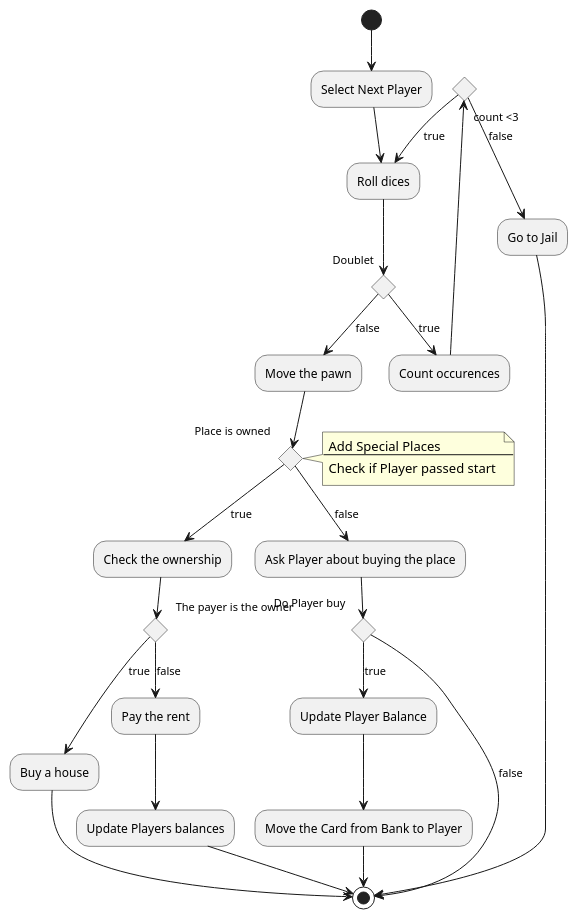
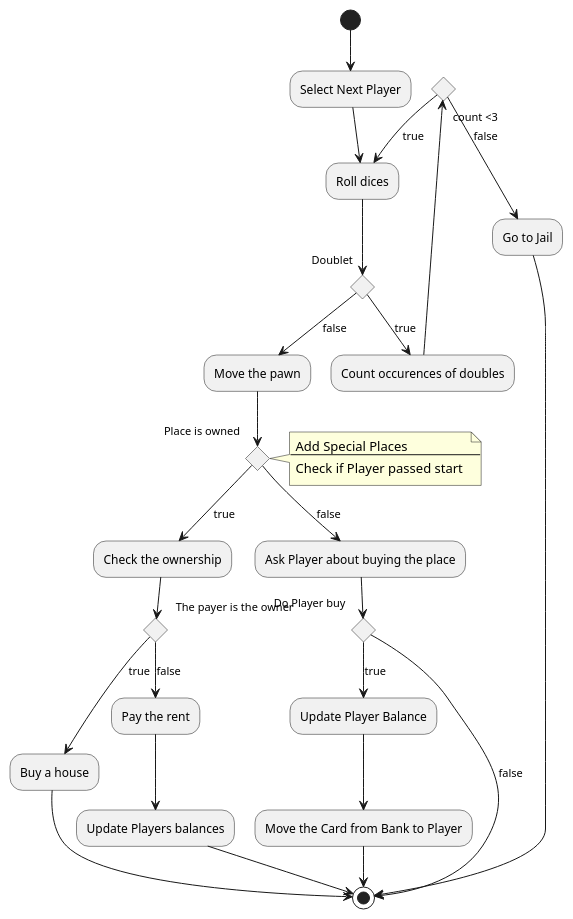
Before and after one commit to kpodlaski/ProjObj2019: the diagram in zaoczne/gr1/monopoly/activity_diagram_player_turn.plantuml, drawn with PlantUML.

```diff
--- a/zaoczne/gr1/monopoly/activity_diagram_player_turn.plantuml
+++ b/zaoczne/gr1/monopoly/activity_diagram_player_turn.plantuml
@@ -1,45 +1,45 @@
 @startuml
 
 (*) --> "Select Next Player"
 --> "Roll dices"
 if "Doublet" then 
-   --> [true] "Count occurences" as co
+   --> [true] "Count occurences of doubles" as co
 else 
    --> [false] "Move the pawn"
 if "Place is owned" then 
    note left
         Add Special Places
         ---
         Check if Player passed start 
    endnote
    --> [true] "Check the ownership" as chOwn
 else
    --> [false] "Ask Player about buying the place"
 
 if "Do Player buy" then 
    --> [true] "Update Player Balance" as upd
 else 
    --> [false] (*)
 
   
 
 "Pay the rent" --> "Update Players balances"
 --> (*)
 
 "Go to Jail" -->(*)
 
 upd --> "Move the Card from Bank to Player"
 --> (*)
 
 co --> if "count <3" then
    --> [true] "Roll dices"
 else 
    --> [false] "Go to Jail"
 
 chOwn --> if "The payer is the owner" then 
    --> [true] "Buy a house"
    else 
    --> [false] "Pay the rent"
 
 "Buy a house" -->(*)
 @enduml
```
